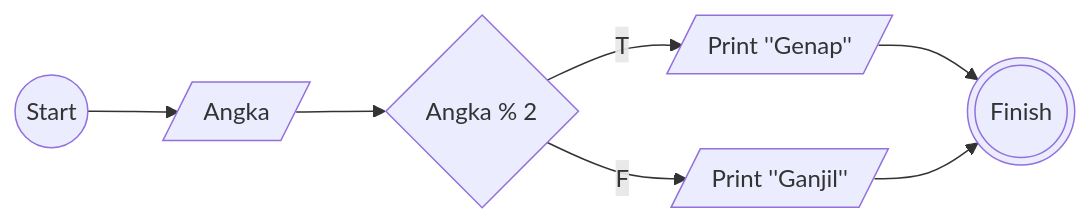
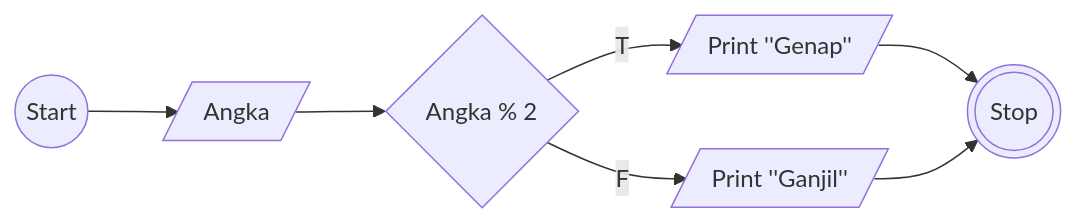
One commit to aldi-ardyansah/koda-b10-algoritma changed the first of 3 diagrams in README.md. Above: the diagram before and after it, drawn with Mermaid. The commit also changed other lines of this file, not shown here.

````diff
--- a/README.md
+++ b/README.md
@@ -23,7 +23,7 @@
 ```mermaid
 flowchart LR
     A((Start)) --> B[/Angka/]
     B[/Angka/] --> C{Angka % 2}
-    C{Angka % 2} --T--> D[/Print ''Genap''/] --> F(((Finish)))
-    C{Angka % 2} --F--> E[/Print ''Ganjil''/] --> F(((Finish)))
+    C{Angka % 2} --T--> D[/Print ''Genap''/] --> F(((Stop)))
+    C{Angka % 2} --F--> E[/Print ''Ganjil''/] --> F(((Stop)))
 ```
````
